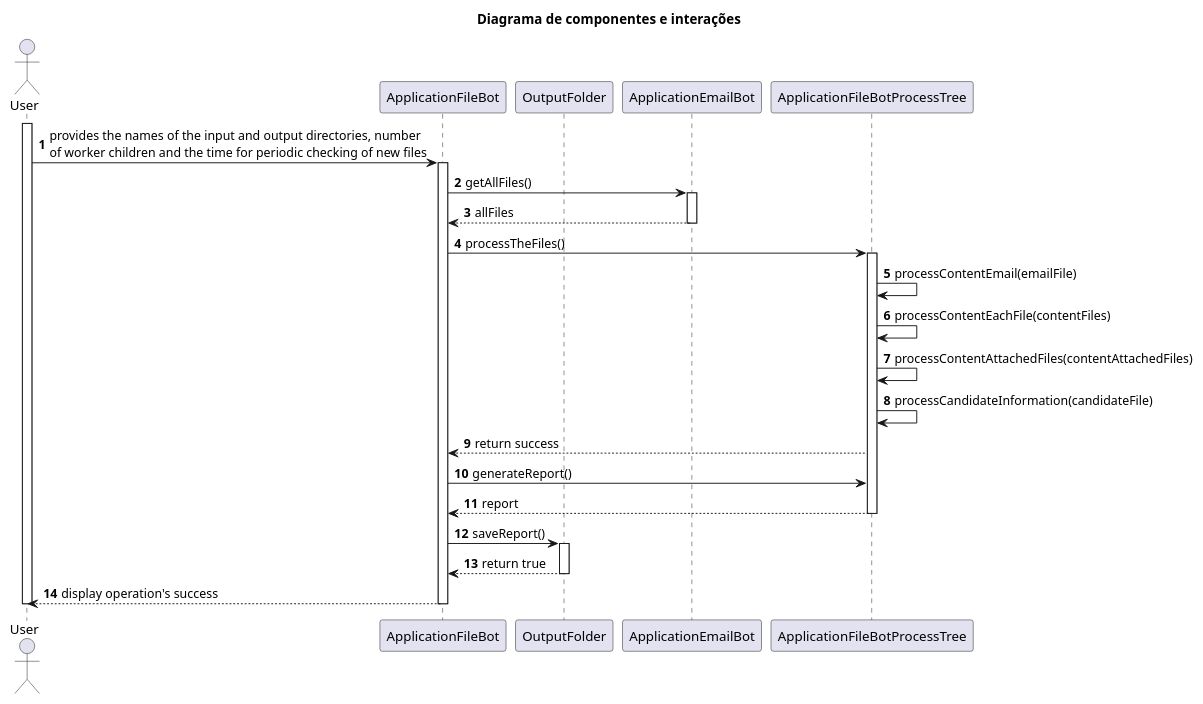
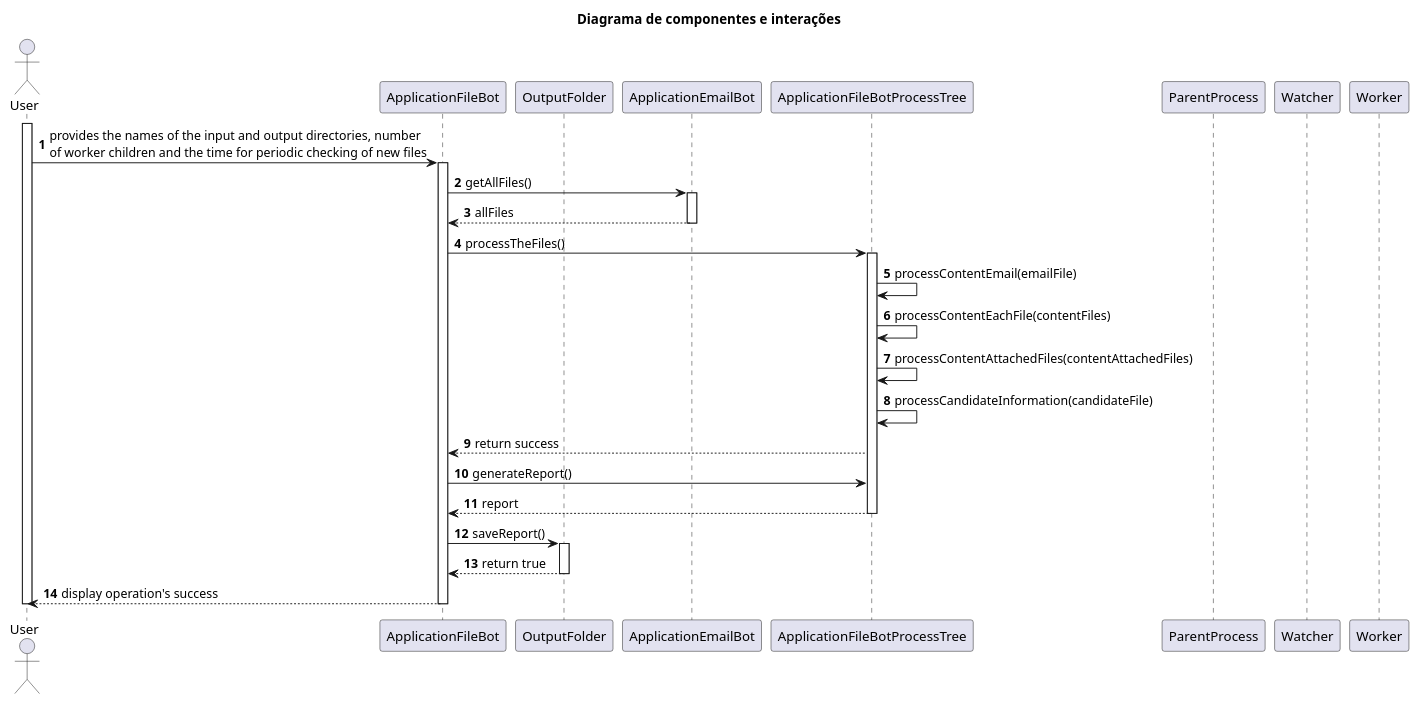
One commit to MiguelCardoso77/LAPR4 changed the diagram in SCOMP/2001/diagrama.puml. Above: the diagram before and after it, drawn with PlantUML. The commit also changed 5 other files, not shown here.

Commit message:
Updating the use case diagram

```diff
--- a/SCOMP/2001/diagrama.puml
+++ b/SCOMP/2001/diagrama.puml
@@ -1,63 +1,66 @@
 @startuml
 'https://plantuml.com/sequence-diagram
 
 autonumber
 
 Title "Diagrama de componentes e interações"
 
 actor User
 
 participant ApplicationFileBot
 participant OutputFolder
 participant ApplicationEmailBot
 participant ApplicationFileBotProcessTree
+participant ParentProcess
+participant Watcher
+participant Worker
 
 activate User
 
 User -> ApplicationFileBot : provides the names of the input and output directories, number \nof worker children and the time for periodic checking of new files
 
 activate ApplicationFileBot
 
 ApplicationFileBot -> ApplicationEmailBot : getAllFiles()
 
 activate ApplicationEmailBot
 
 ApplicationEmailBot --> ApplicationFileBot : allFiles
 
 deactivate ApplicationEmailBot
 
 ApplicationFileBot -> ApplicationFileBotProcessTree : processTheFiles()
 
 activate ApplicationFileBotProcessTree
 
 ApplicationFileBotProcessTree -> ApplicationFileBotProcessTree : processContentEmail(emailFile)
 
 ApplicationFileBotProcessTree -> ApplicationFileBotProcessTree : processContentEachFile(contentFiles)
 
 ApplicationFileBotProcessTree -> ApplicationFileBotProcessTree : processContentAttachedFiles(contentAttachedFiles)
 
 ApplicationFileBotProcessTree -> ApplicationFileBotProcessTree : processCandidateInformation(candidateFile)
 
 ApplicationFileBotProcessTree --> ApplicationFileBot : return success
 
 ApplicationFileBot -> ApplicationFileBotProcessTree : generateReport()
 
 ApplicationFileBotProcessTree --> ApplicationFileBot : report
 
 deactivate ApplicationFileBotProcessTree
 
 ApplicationFileBot -> OutputFolder : saveReport()
 
 activate OutputFolder
 
 OutputFolder --> ApplicationFileBot : return true
 
 deactivate OutputFolder
 
 ApplicationFileBot --> User : display operation's success
 
 deactivate ApplicationFileBot
 
 deactivate User
 
 @enduml
```
